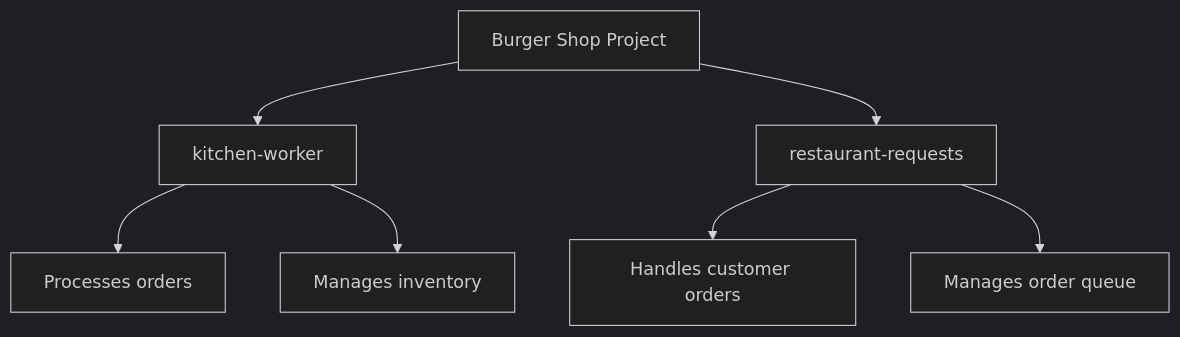
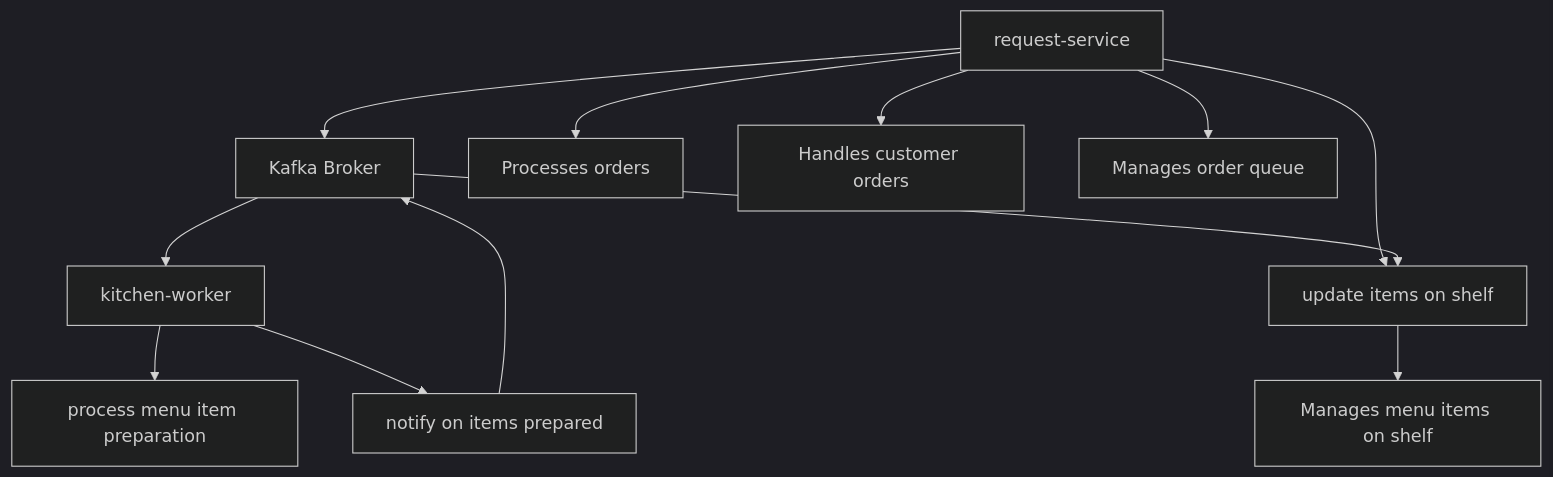
Before and after one commit to C0deH0use/mms-burger-shop: the first of 2 diagrams in README.md, drawn with Mermaid (dark theme). The commit also changed other lines of this file and 4 other files, not shown here.

````diff
--- a/README.md
+++ b/README.md
@@ -7,9 +7,15 @@
 ```mermaid
 graph TD
-    A[Burger Shop Project] --> B[kitchen-worker]
-    A --> C[restaurant-requests]
-    B --> D[Processes orders]
-    B --> E[Manages inventory]
-    C --> F[Handles customer orders]
-    C --> G[Manages order queue]
+    A[request-service] --> K[Kafka Broker] 
+    A[request-service] --> S[Shelf service]
+    S --> S1[Manages menu items on shelf]
+    K --> B[kitchen-worker]
+    B --> B1[process menu item preparation]
+    B --> B2[notify on items prepared]
+    B2 --> K
+    K --> S[update items on shelf]
+    
+    A --> A1[Processes orders]
+    A --> A2[Handles customer orders]
+    A --> A3[Manages order queue]
 ```
````
